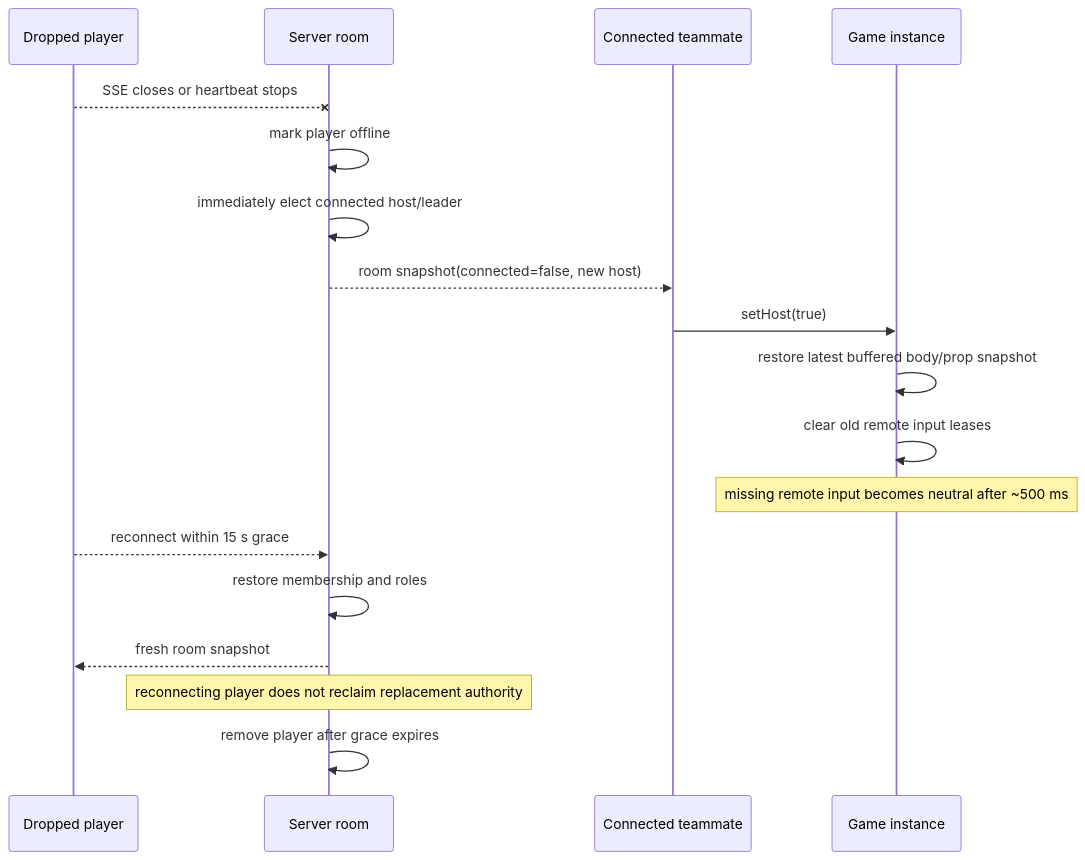
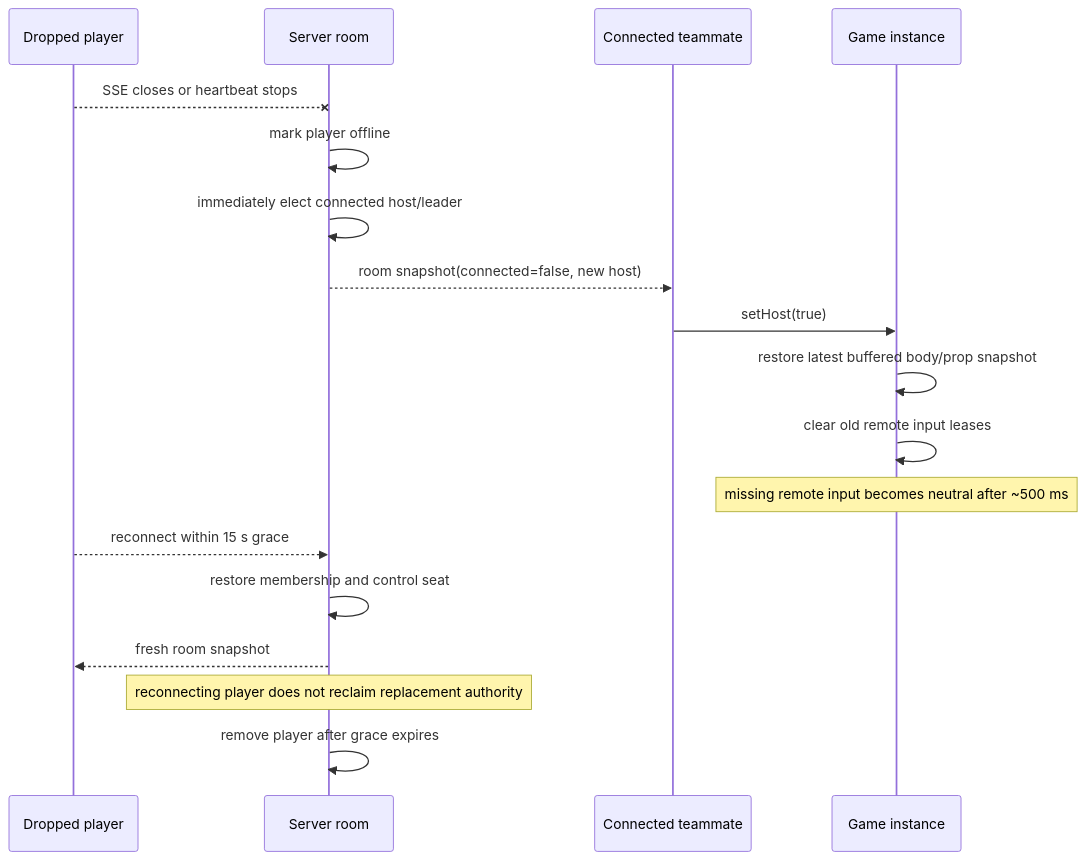
One commit to Sathvikar01/collaborative-multiplayer-physics-game-v2 changed the fourth of 6 diagrams in README.md. Above: the diagram before and after it, drawn with Mermaid. The commit also changed other lines of this file and 23 other files, not shown here.

````diff
--- a/README.md
+++ b/README.md
@@ -136,21 +138,21 @@
 ```mermaid
 sequenceDiagram
   participant A as Dropped player
   participant S as Server room
   participant B as Connected teammate
   participant G as Game instance
 
   A--xS: SSE closes or heartbeat stops
   S->>S: mark player offline
   S->>S: immediately elect connected host/leader
   S-->>B: room snapshot(connected=false, new host)
   B->>G: setHost(true)
   G->>G: restore latest buffered body/prop snapshot
   G->>G: clear old remote input leases
   Note over G: missing remote input becomes neutral after ~500 ms
   A-->>S: reconnect within 15 s grace
-  S->>S: restore membership and roles
+  S->>S: restore membership and control seat
   S-->>A: fresh room snapshot
   Note over S: reconnecting player does not reclaim replacement authority
   S->>S: remove player after grace expires
 ```
````
